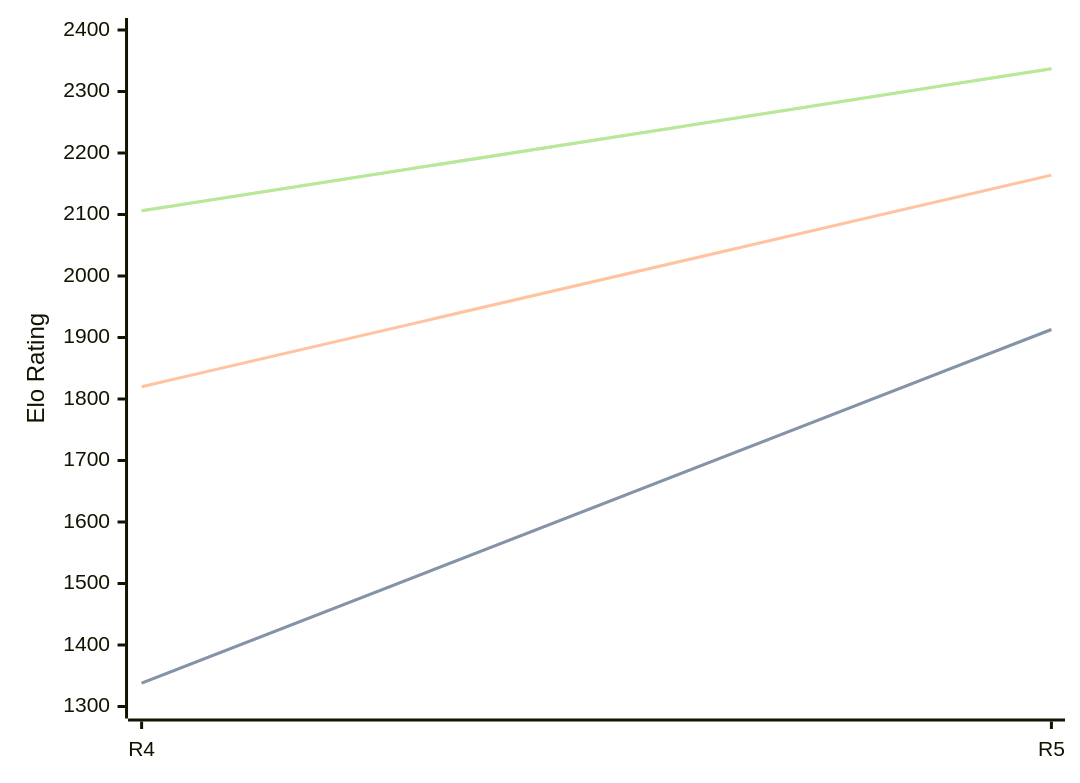
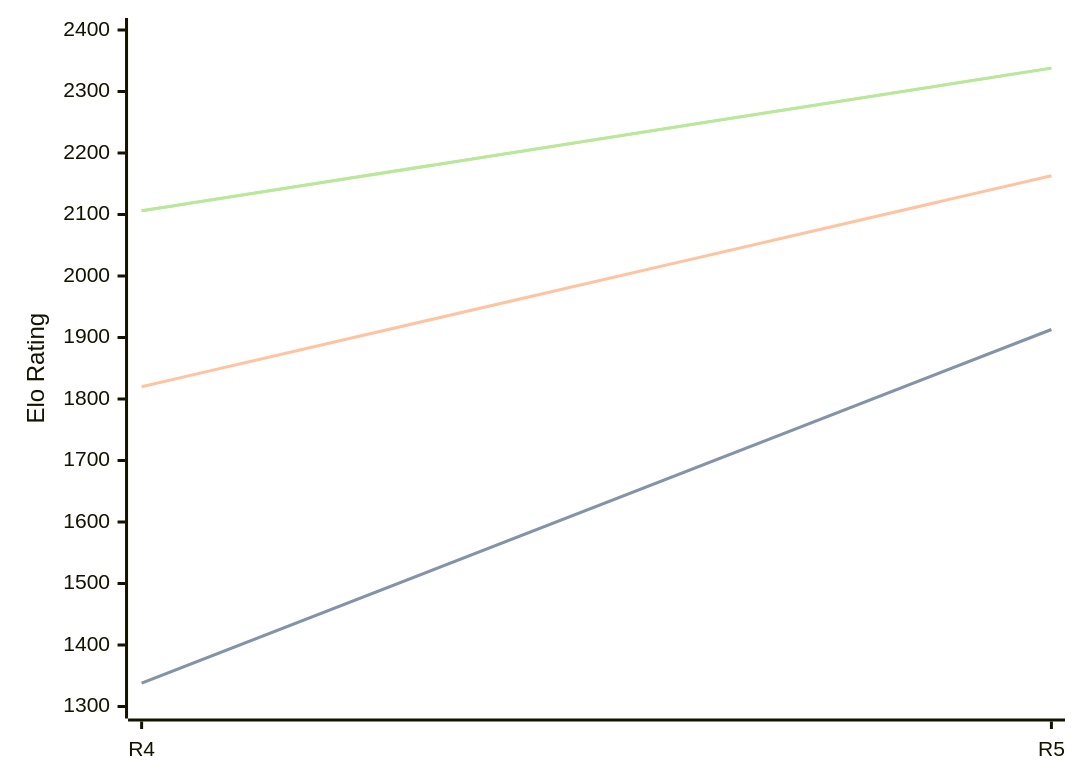
One commit to computer-chess-index/cci changed the third of 3 diagrams in engines/Viking.md. Above: the diagram before and after it, drawn with Mermaid. The commit also changed other lines of this file, not shown here.

Commit message:
Update CCI Ratings (ELO VLTC) - 2026-07-18

````diff
--- a/engines/Viking.md
+++ b/engines/Viking.md
@@ -68,11 +68,11 @@
 ```mermaid
 %%{init: {"theme":"base","themeVariables":{"seriesColors:['#a3a3a3','#222221','#faa371']}}}%%
 xychart-beta
   x-axis ["R4", "R5"]
   y-axis "Elo Rating" 1300 --> 2400
   line "STC (8.0+0.08s)" [1338, 1913]
   line "STC (8.0+0.08s)" [1338, 1913]
-  line "LTC (60.0+0.60s)" [1820, 2164]
-  line "VLTC (2m24s+1.12s)" [2106, 2337]
-  line "VLTC (2m24s+1.12s)" [2106, 2337]
+  line "LTC (60.0+0.60s)" [1820, 2163]
+  line "VLTC (2m24s+1.12s)" [2106, 2338]
+  line "VLTC (2m24s+1.12s)" [2106, 2338]
 ```
````
